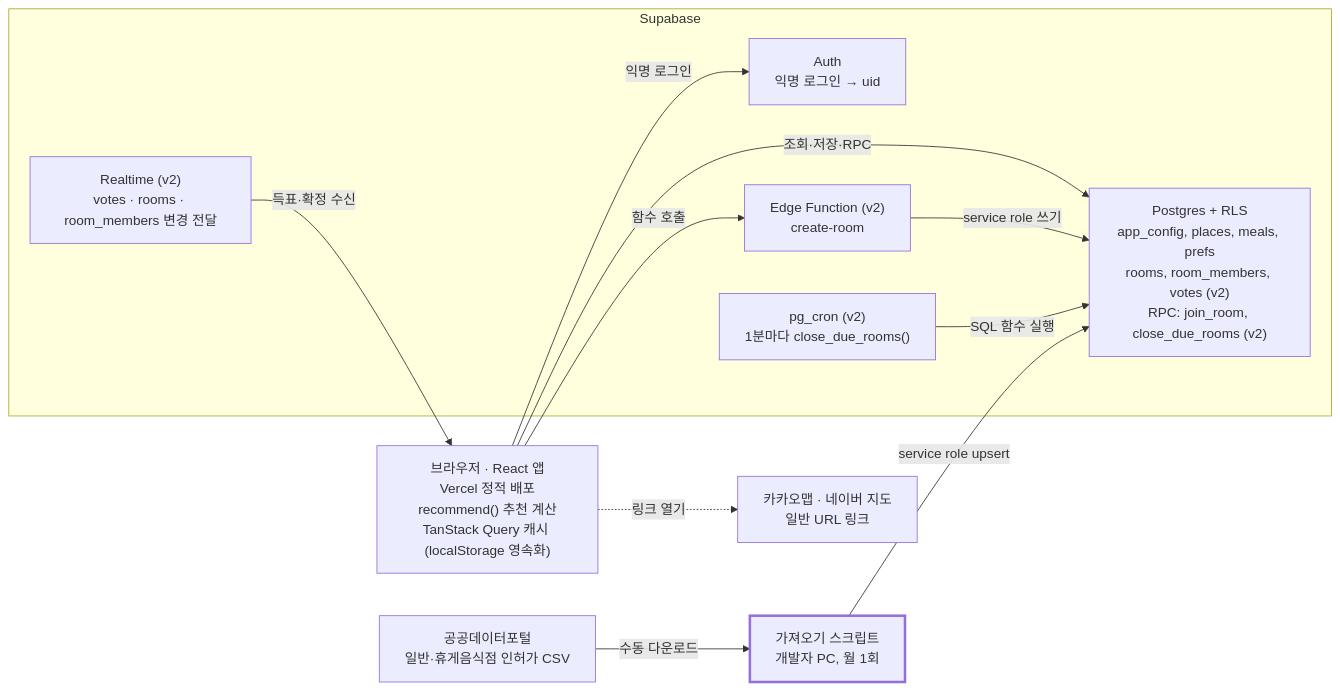
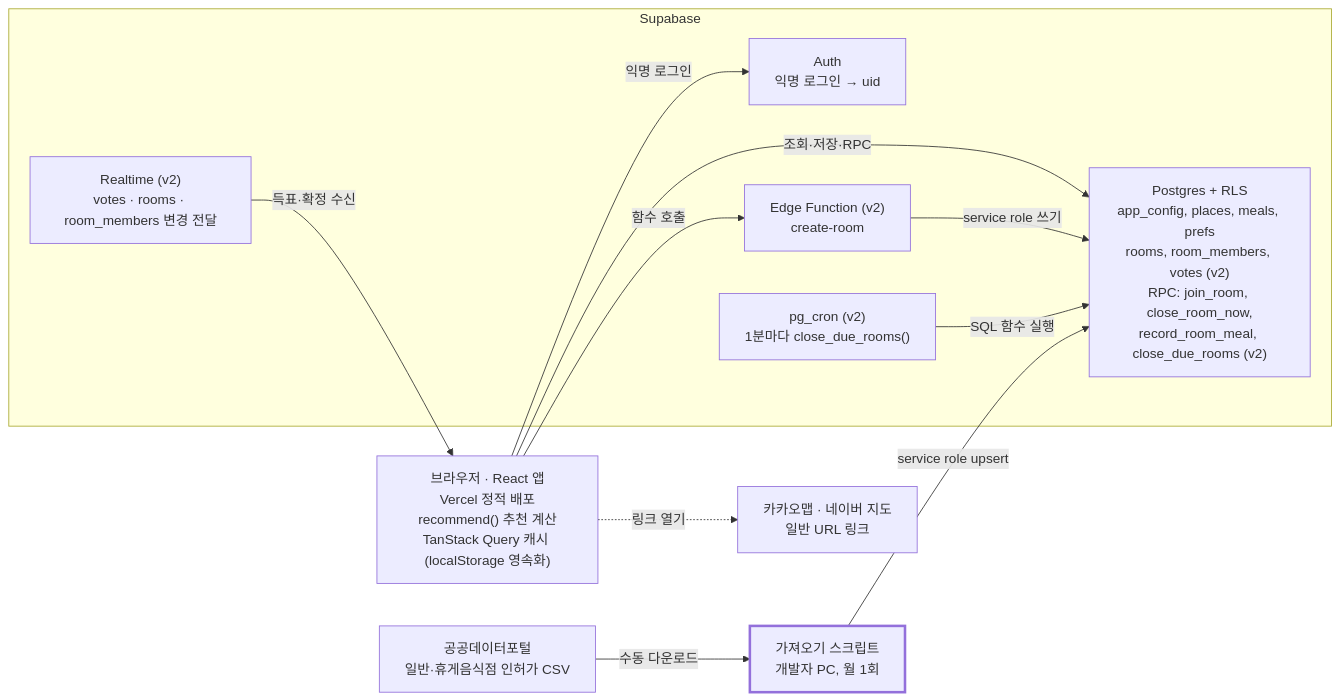
The first of 2 diagrams in lunch-roulette-Architecture.md (mroreeyo/Sunae-Roulette), drawn with Mermaid before and after one commit. The commit also changed other lines of this file and 9 other files, not shown here.

First line of the commit message:
Add follow-ups after a room vote: early close, home status, result actions

````diff
--- a/lunch-roulette-Architecture.md
+++ b/lunch-roulette-Architecture.md
@@ -7,24 +7,24 @@
 ```mermaid
 flowchart LR
   B["브라우저 · React 앱<br/>Vercel 정적 배포<br/>recommend() 추천 계산<br/>TanStack Query 캐시 (localStorage 영속화)"]
   subgraph S[Supabase]
-    DB["Postgres + RLS<br/>app_config, places, meals, prefs<br/>rooms, room_members, votes (v2)<br/>RPC: join_room, close_due_rooms (v2)"]
+    DB["Postgres + RLS<br/>app_config, places, meals, prefs<br/>rooms, room_members, votes (v2)<br/>RPC: join_room, close_room_now,<br/>record_room_meal, close_due_rooms (v2)"]
     AU["Auth<br/>익명 로그인 → uid"]
     RT["Realtime (v2)<br/>votes · rooms · room_members 변경 전달"]
     FN["Edge Function (v2)<br/>create-room"]
     CR["pg_cron (v2)<br/>1분마다 close_due_rooms()"]
   end
   P["공공데이터포털<br/>일반·휴게음식점 인허가 CSV"]
   I["가져오기 스크립트<br/>개발자 PC, 월 1회"]
   M["카카오맵 · 네이버 지도<br/>일반 URL 링크"]
   B -- 조회·저장·RPC --> DB
   B -- 익명 로그인 --> AU
   RT -- 득표·확정 수신 --> B
   B -- 함수 호출 --> FN
   FN -- service role 쓰기 --> DB
   CR -- SQL 함수 실행 --> DB
   P -- 수동 다운로드 --> I
   I -- service role upsert --> DB
   B -. 링크 열기 .-> M
   style I stroke-width:3px
 ```
````
